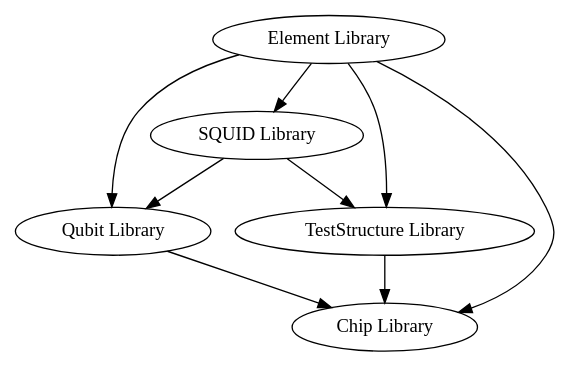
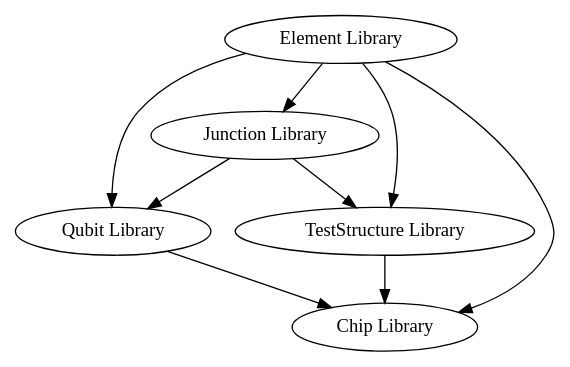
Before and after one commit to iqm-finland/KQCircuits: the diagram in docs/developer/architecture.rst, drawn with Graphviz. The commit also changed other lines of this file and 27 other files, not shown here.

First line of the commit message:
Rename "Squid Library" to "Junction Library"

```diff
--- a/docs/developer/architecture.rst
+++ b/docs/developer/architecture.rst
@@ -128,7 +128,7 @@
 ..  digraph:: Libraries
     :caption: Library Dependency Diagram
     :align: center
 
-    "Element Library" -> {"SQUID Library", "Qubit Library", "Chip Library", "TestStructure Library"}
-    "SQUID Library" -> "TestStructure Library" -> "Chip Library"
-    "SQUID Library" -> "Qubit Library" -> "Chip Library"
+    "Element Library" -> {"Junction Library", "Qubit Library", "Chip Library", "TestStructure Library"}
+    "Junction Library" -> "TestStructure Library" -> "Chip Library"
+    "Junction Library" -> "Qubit Library" -> "Chip Library"
```
